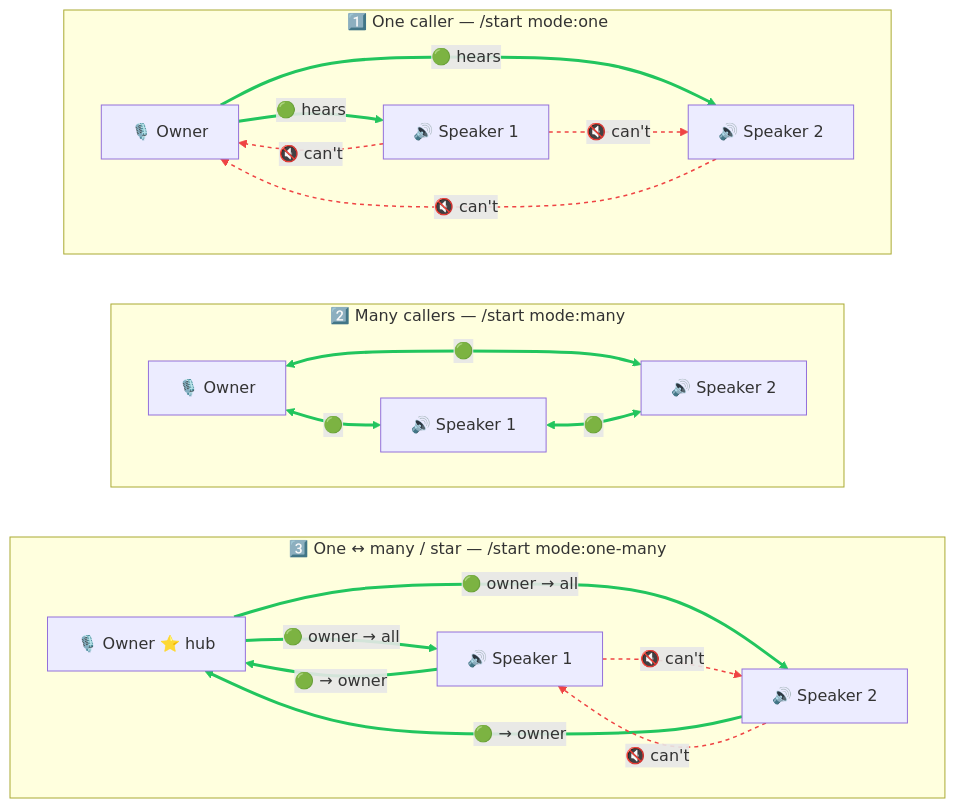
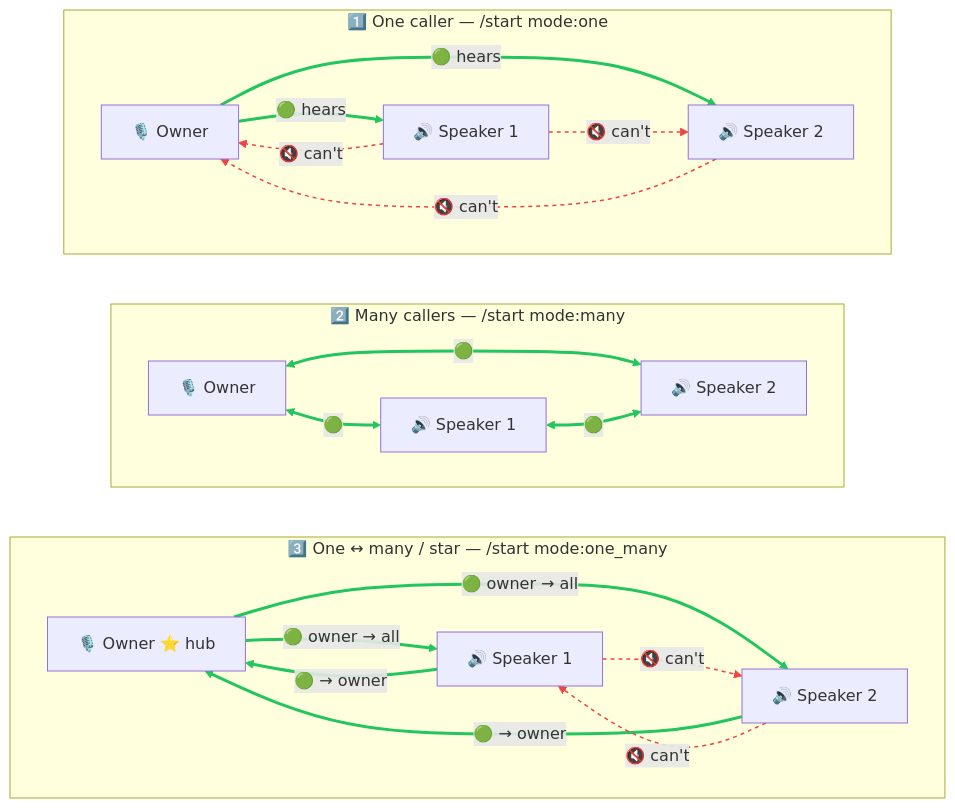
One commit to sealbro/go-discord-caller changed the second of 2 diagrams in README.md. Above: the diagram before and after it, drawn with Mermaid. The commit also changed other lines of this file and 13 other files, not shown here.

````diff
--- a/README.md
+++ b/README.md
@@ -73,39 +73,39 @@
 ```mermaid
 ---
 config:
   look: classic
   layout: dagre
 ---
 flowchart TB
     subgraph M1["1️⃣ One caller — /start mode:one"]
         direction LR
         O1["🎙️ Owner"] -->|"🟢 hears"| A1["🔊 Speaker 1"]
         O1 -->|"🟢 hears"| B1["🔊 Speaker 2"]
         A1 -.->|"🔇 can't"| O1
         B1 -.->|"🔇 can't"| O1
         A1 -.->|"🔇 can't"| B1
     end
 
     subgraph M2["2️⃣ Many callers — /start mode:many"]
         direction LR
         O2["🎙️ Owner"] <-->|"🟢"| A2["🔊 Speaker 1"]
         O2 <-->|"🟢"| B2["🔊 Speaker 2"]
         A2 <-->|"🟢"| B2
     end
 
-    subgraph M3["3️⃣ One ↔ many / star — /start mode:one-many"]
+    subgraph M3["3️⃣ One ↔ many / star — /start mode:one_many"]
         direction LR
         O3["🎙️ Owner ⭐ hub"] -->|"🟢 owner → all"| A3["🔊 Speaker 1"]
         O3 -->|"🟢 owner → all"| B3["🔊 Speaker 2"]
         A3 -->|"🟢 → owner"| O3
         B3 -->|"🟢 → owner"| O3
         A3 -.->|"🔇 can't"| B3
         B3 -.->|"🔇 can't"| A3
     end
 
     M1 ~~~ M2
     M2 ~~~ M3
 
     linkStyle 0,1,5,6,7,8,9,10,11 stroke:#22c55e,stroke-width:3px
     linkStyle 2,3,4,12,13 stroke:#ef4444,stroke-width:1.5px,stroke-dasharray:4
 ```
````
